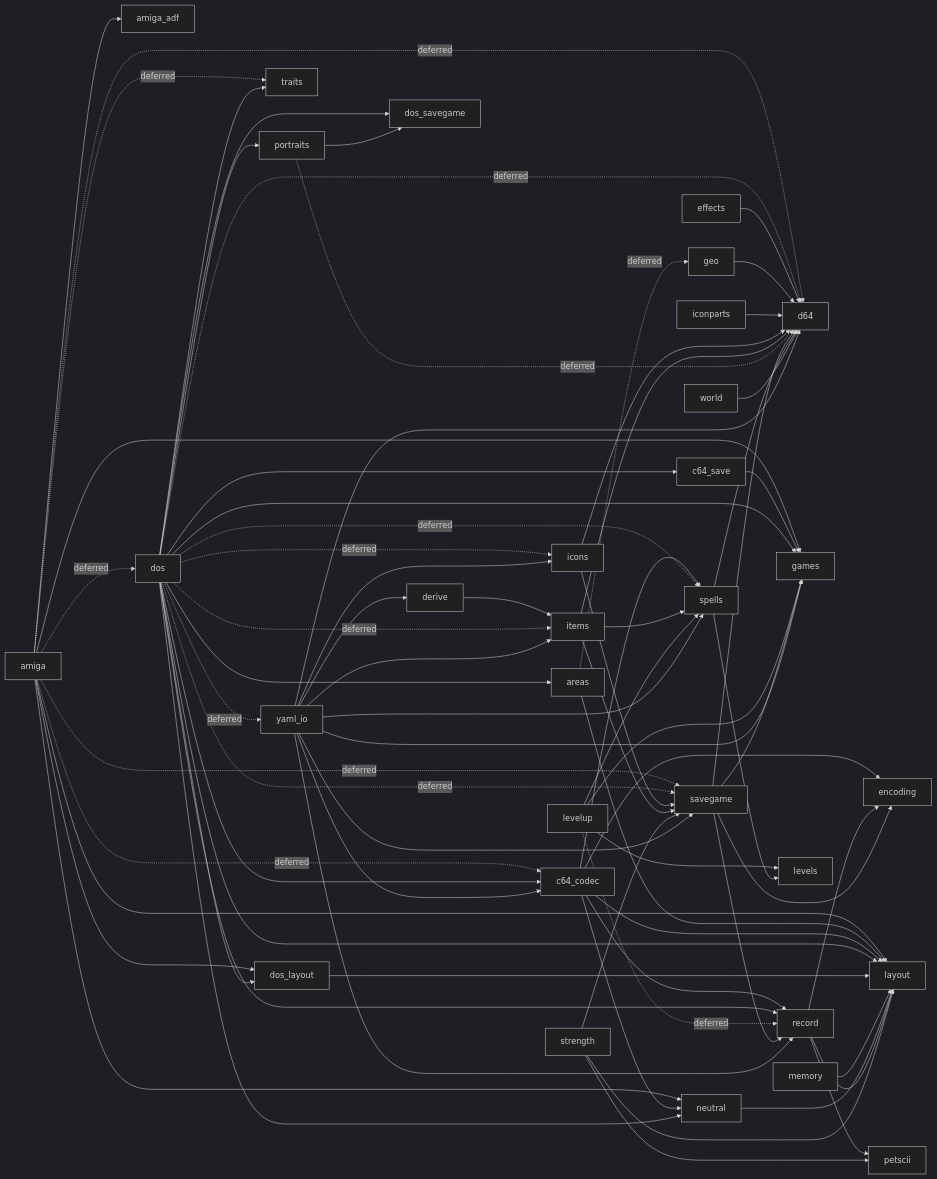
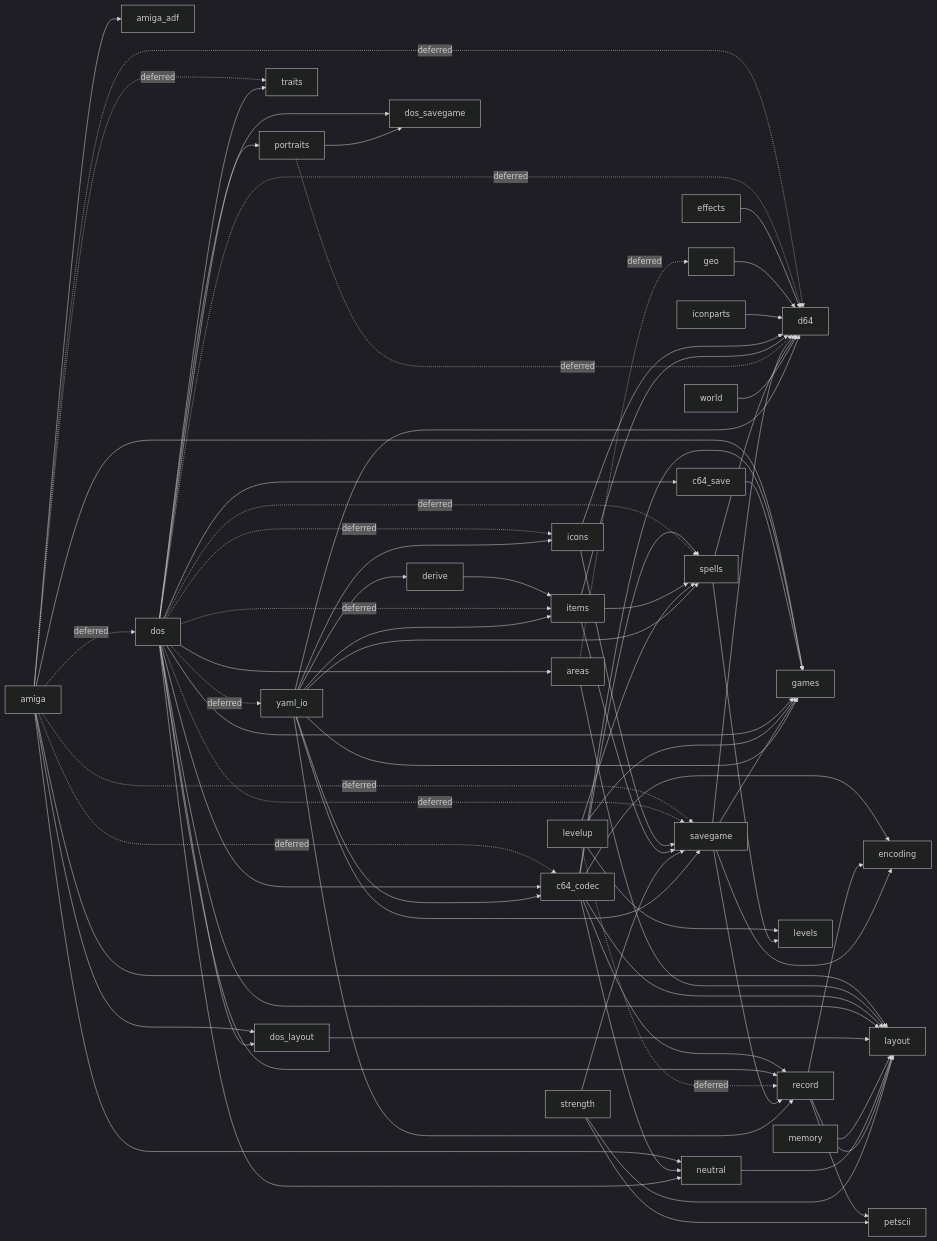
The fourth of 4 diagrams in docs/117-save-conversion.md (malcyon/wish), drawn with Mermaid (dark theme) before and after one commit.

Commit message:
Regenerate the import graph, which gained the edge the Amiga reader's class_bits reread put back (#292)
Claude-Session: https://claude.ai/code/session_014VfEwX1Zk56tzFR8sY6MjB

````diff
--- a/docs/117-save-conversion.md
+++ b/docs/117-save-conversion.md
@@ -1846,78 +1846,79 @@
 ```mermaid
 graph LR
   amiga --> amiga_adf
   amiga -.->|deferred| c64_codec
   amiga -.->|deferred| d64
   amiga -.->|deferred| dos
   amiga --> dos_layout
   amiga --> games
   amiga --> layout
   amiga --> neutral
   amiga -.->|deferred| savegame
   amiga -.->|deferred| traits
   areas -.->|deferred| geo
   areas --> layout
   c64_codec --> encoding
+  c64_codec --> games
   c64_codec --> layout
   c64_codec --> neutral
   c64_codec --> record
   c64_codec --> spells
   c64_save --> games
   derive --> items
   dos --> areas
   dos --> c64_codec
   dos --> c64_save
   dos -.->|deferred| d64
   dos --> dos_layout
   dos --> dos_savegame
   dos --> games
   dos -.->|deferred| icons
   dos -.->|deferred| items
   dos --> layout
   dos --> neutral
   dos --> portraits
   dos --> record
   dos -.->|deferred| savegame
   dos -.->|deferred| spells
   dos --> traits
   dos -.->|deferred| yaml_io
   dos_layout --> layout
   effects --> d64
   geo --> d64
   iconparts --> d64
   icons --> d64
   icons --> savegame
   items --> d64
   items --> savegame
   items --> spells
   levelup --> games
   levelup --> levels
   levelup -.->|deferred| record
   levelup --> spells
   memory --> layout
   neutral --> layout
   portraits -.->|deferred| d64
   portraits --> dos_savegame
   record --> encoding
   record --> layout
   record --> petscii
   savegame --> d64
   savegame --> encoding
   savegame --> games
   savegame --> record
   spells --> d64
   spells --> levels
   strength --> layout
   strength --> petscii
   strength --> savegame
   world --> d64
   yaml_io --> c64_codec
   yaml_io --> d64
   yaml_io --> derive
   yaml_io --> games
   yaml_io --> icons
   yaml_io --> items
   yaml_io --> record
   yaml_io --> savegame
   yaml_io --> spells
 ```
````
